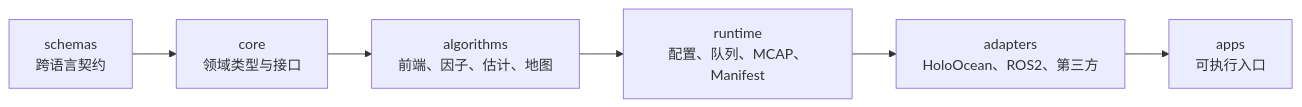
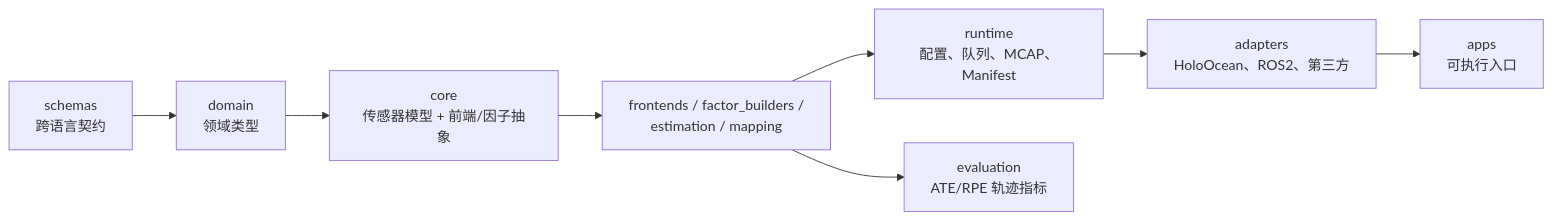
The second of 2 diagrams in README.md (PengBY91/uw_slam), drawn with Mermaid before and after one commit. The commit also changed other lines of this file and 301 other files, not shown here.

````diff
--- a/README.md
+++ b/README.md
@@ -165,8 +165,10 @@
 ```mermaid
 flowchart LR
-    SCHEMAS[schemas<br/>跨语言契约] --> CORE[core<br/>领域类型与接口]
-    CORE --> ALGO[algorithms<br/>前端、因子、估计、地图]
+    SCHEMAS[schemas<br/>跨语言契约] --> DOMAIN[domain<br/>领域类型]
+    DOMAIN --> CORE[core<br/>传感器模型 + 前端/因子抽象]
+    CORE --> ALGO["frontends / factor_builders /<br/>estimation / mapping"]
     ALGO --> RUNTIME[runtime<br/>配置、队列、MCAP、Manifest]
+    ALGO --> EVAL[evaluation<br/>ATE/RPE 轨迹指标]
     RUNTIME --> ADAPTERS[adapters<br/>HoloOcean、ROS2、第三方]
     ADAPTERS --> APPS[apps<br/>可执行入口]
 ```
````
